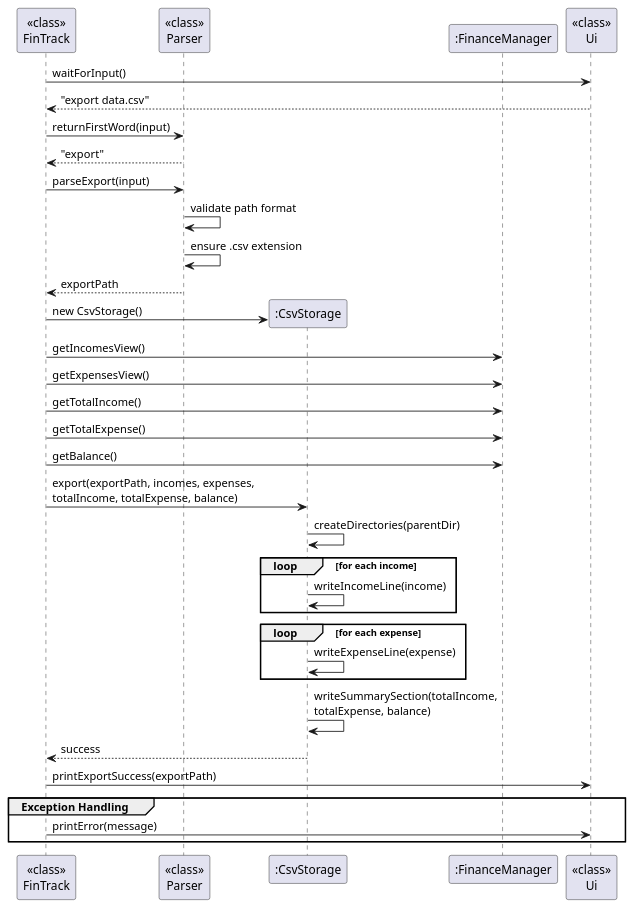
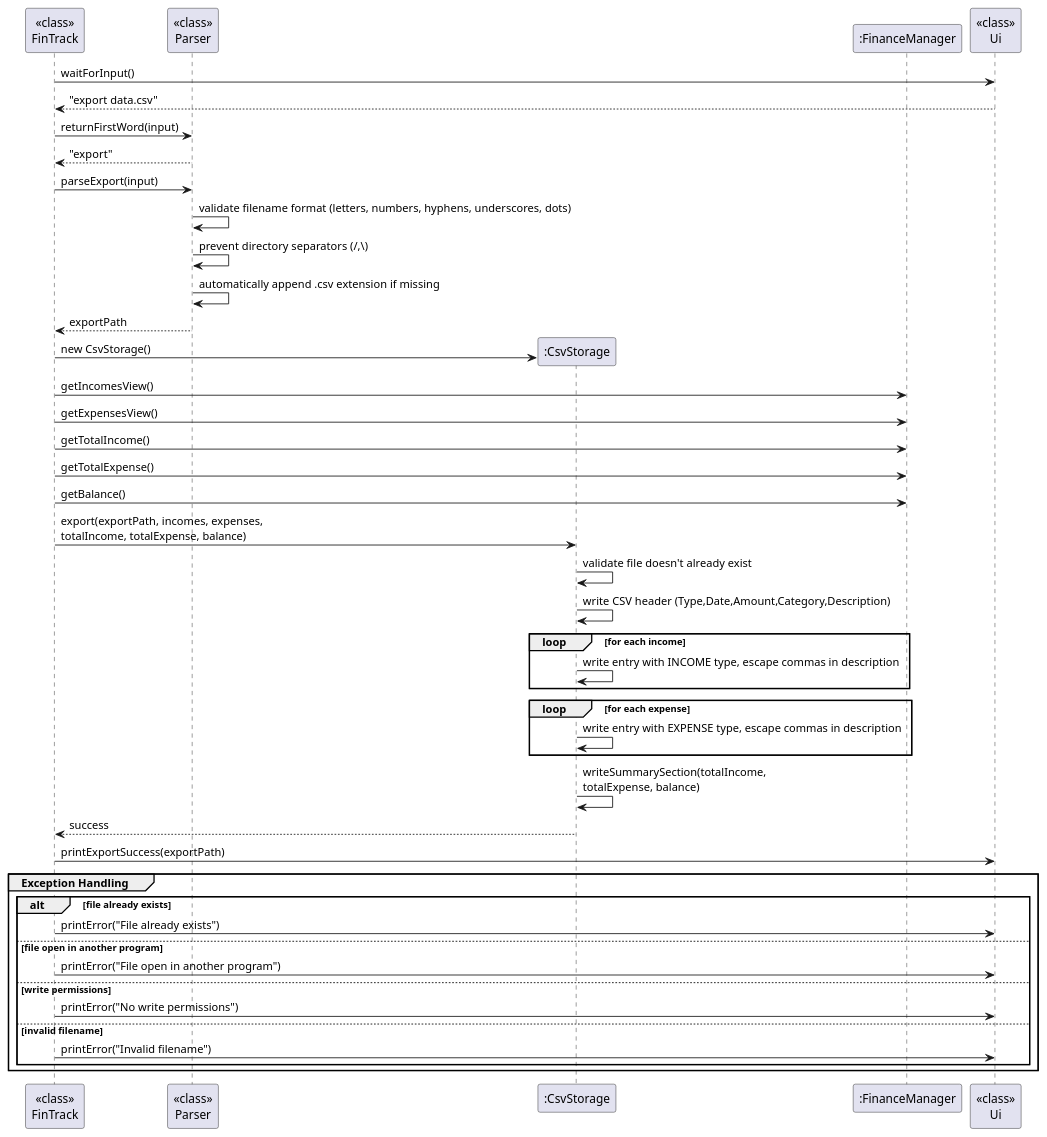
One commit to AY2526S1-CS2113-W12-4/tp changed the diagram in docs/diagrams/export.puml. Above: the diagram before and after it, drawn with PlantUML. The commit also changed 1 other file, not shown here.

Commit message:
Update export diagrams to better reflect modify command change

```diff
--- a/docs/diagrams/export.puml
+++ b/docs/diagrams/export.puml
@@ -1,49 +1,60 @@
 @startuml
 participant "<<class>>\nFinTrack" as FT
 participant "<<class>>\nParser" as P
 participant ":CsvStorage" as CS
 participant ":FinanceManager" as FM
 participant "<<class>>\nUi" as UI
 
 FT -> UI: waitForInput()
 UI --> FT: "export data.csv"
 
 FT -> P: returnFirstWord(input)
 P --> FT: "export"
 
 FT -> P: parseExport(input)
-P -> P: validate path format
-P -> P: ensure .csv extension
+P -> P: validate filename format (letters, numbers, hyphens, underscores, dots)
+P -> P: prevent directory separators (/,\\)
+P -> P: automatically append .csv extension if missing
 P --> FT: exportPath
 
 create CS
 FT -> CS: new CsvStorage()
 
 FT -> FM: getIncomesView()
 FT -> FM: getExpensesView()
 FT -> FM: getTotalIncome()
 FT -> FM: getTotalExpense()
 FT -> FM: getBalance()
 
 FT -> CS: export(exportPath, incomes, expenses,\ntotalIncome, totalExpense, balance)
 
-CS -> CS: createDirectories(parentDir)
+CS -> CS: validate file doesn't already exist
+
+CS -> CS: write CSV header (Type,Date,Amount,Category,Description)
 
 loop for each income
-    CS -> CS: writeIncomeLine(income)
+    CS -> CS: write entry with INCOME type, escape commas in description
 end
 
 loop for each expense
-    CS -> CS: writeExpenseLine(expense)
+    CS -> CS: write entry with EXPENSE type, escape commas in description
 end
 
 CS -> CS: writeSummarySection(totalIncome,\ntotalExpense, balance)
 
 CS --> FT: success
 
 FT -> UI: printExportSuccess(exportPath)
 
 group Exception Handling
-    FT -> UI: printError(message)
+    alt file already exists
+        FT -> UI: printError("File already exists")
+    else file open in another program
+        FT -> UI: printError("File open in another program")
+    else write permissions
+        FT -> UI: printError("No write permissions")
+    else invalid filename
+        FT -> UI: printError("Invalid filename")
+    end
 end
 @enduml
```
